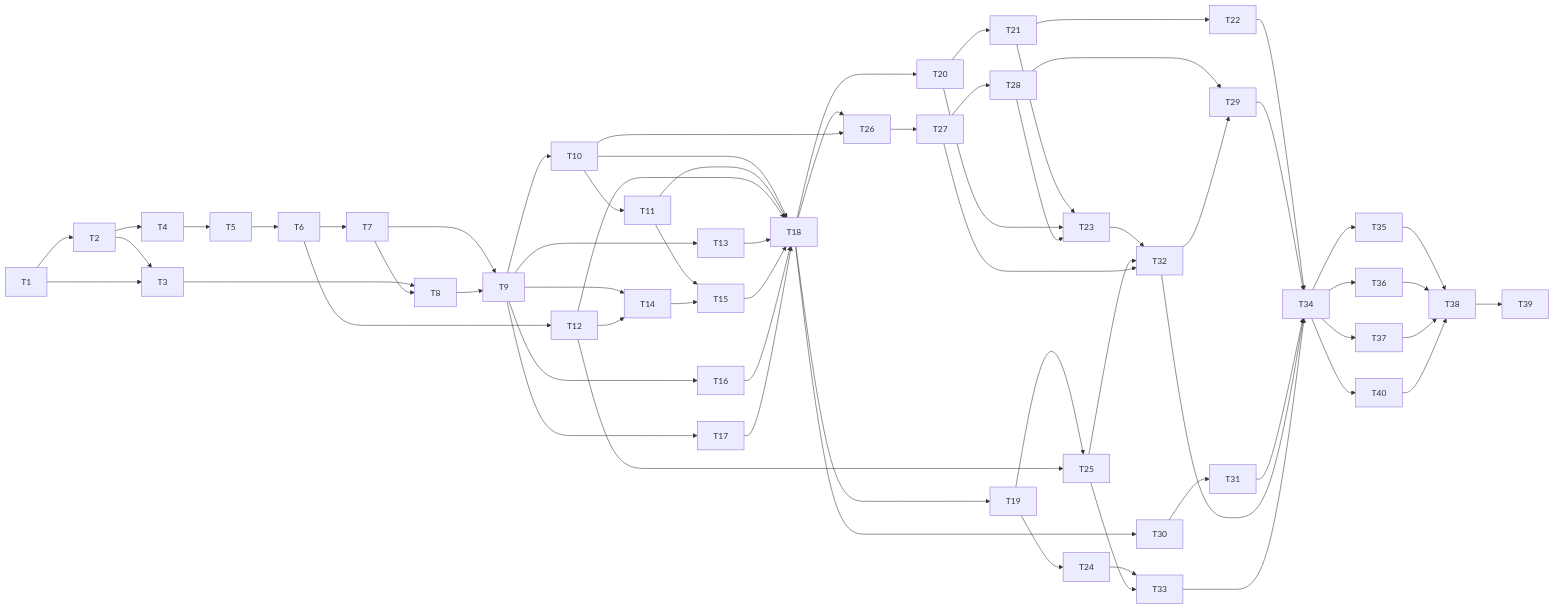
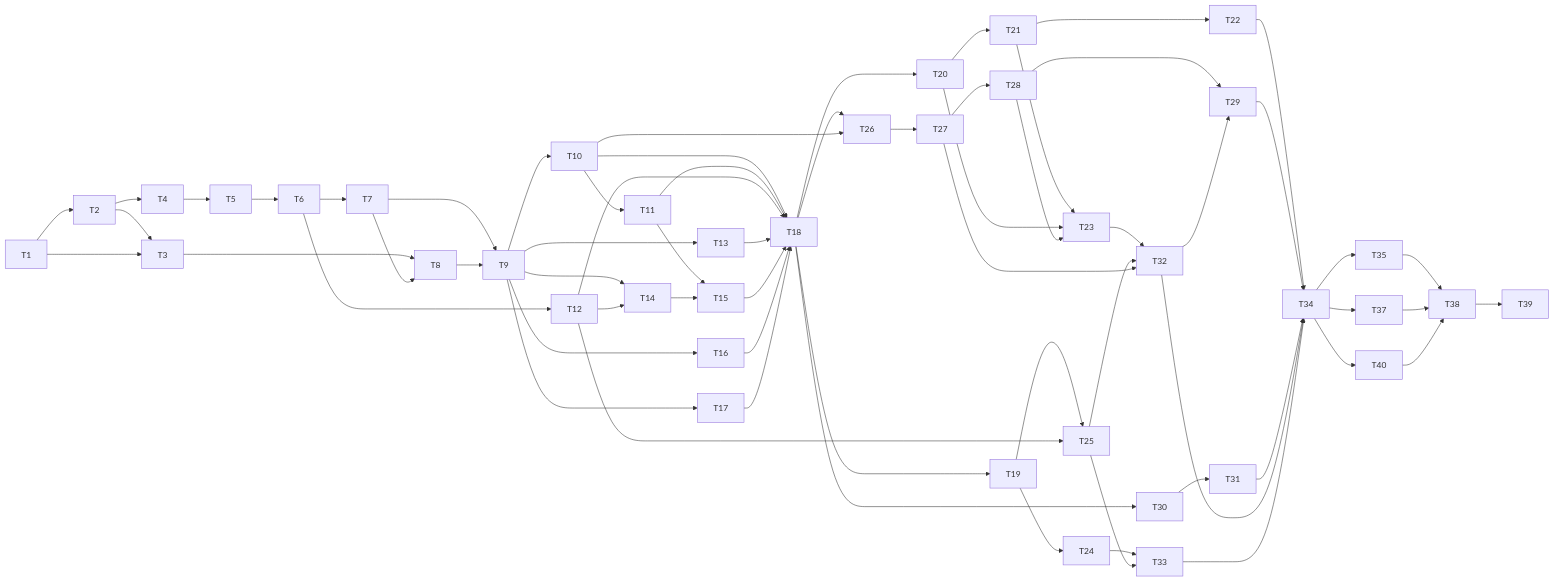
One commit to mgovorcin/disp-xr changed the diagram in docs/todo.md. Above: the diagram before and after it, drawn with Mermaid. The commit also changed other lines of this file and 5 other files, not shown here.

````diff
--- a/docs/todo.md
+++ b/docs/todo.md
@@ -26,58 +26,56 @@
 ```mermaid
 graph LR
   T1 --> T2 --> T3
   T2 --> T4 --> T5 --> T6 --> T7
   T1 --> T3
   T3 --> T8
   T7 --> T8
   T7 --> T9
   T8 --> T9
   T9 --> T10 --> T11
   T6 --> T12
   T9 --> T13
   T9 --> T14
   T12 --> T14
   T11 --> T15
   T14 --> T15
   T9 --> T16
   T9 --> T17
   T10 --> T18
   T11 --> T18
   T12 --> T18
   T13 --> T18
   T15 --> T18
   T16 --> T18
   T17 --> T18
   T18 --> T19
   T18 --> T20 --> T21 --> T22
   T21 --> T23
   T20 --> T23
   T28 --> T23
   T19 --> T24
   T19 --> T25
   T12 --> T25
   T18 --> T26
   T10 --> T26 --> T27 --> T28
   T28 --> T29
   T32 --> T29
   T18 --> T30 --> T31
   T23 --> T32
   T25 --> T32
   T27 --> T32
   T24 --> T33
   T25 --> T33
   T22 --> T34
   T29 --> T34
   T31 --> T34
   T32 --> T34
   T33 --> T34
   T34 --> T35
-  T34 --> T36
   T34 --> T37
   T35 --> T38
-  T36 --> T38
   T37 --> T38
   T34 --> T40
   T40 --> T38
   T38 --> T39
 ```
````
